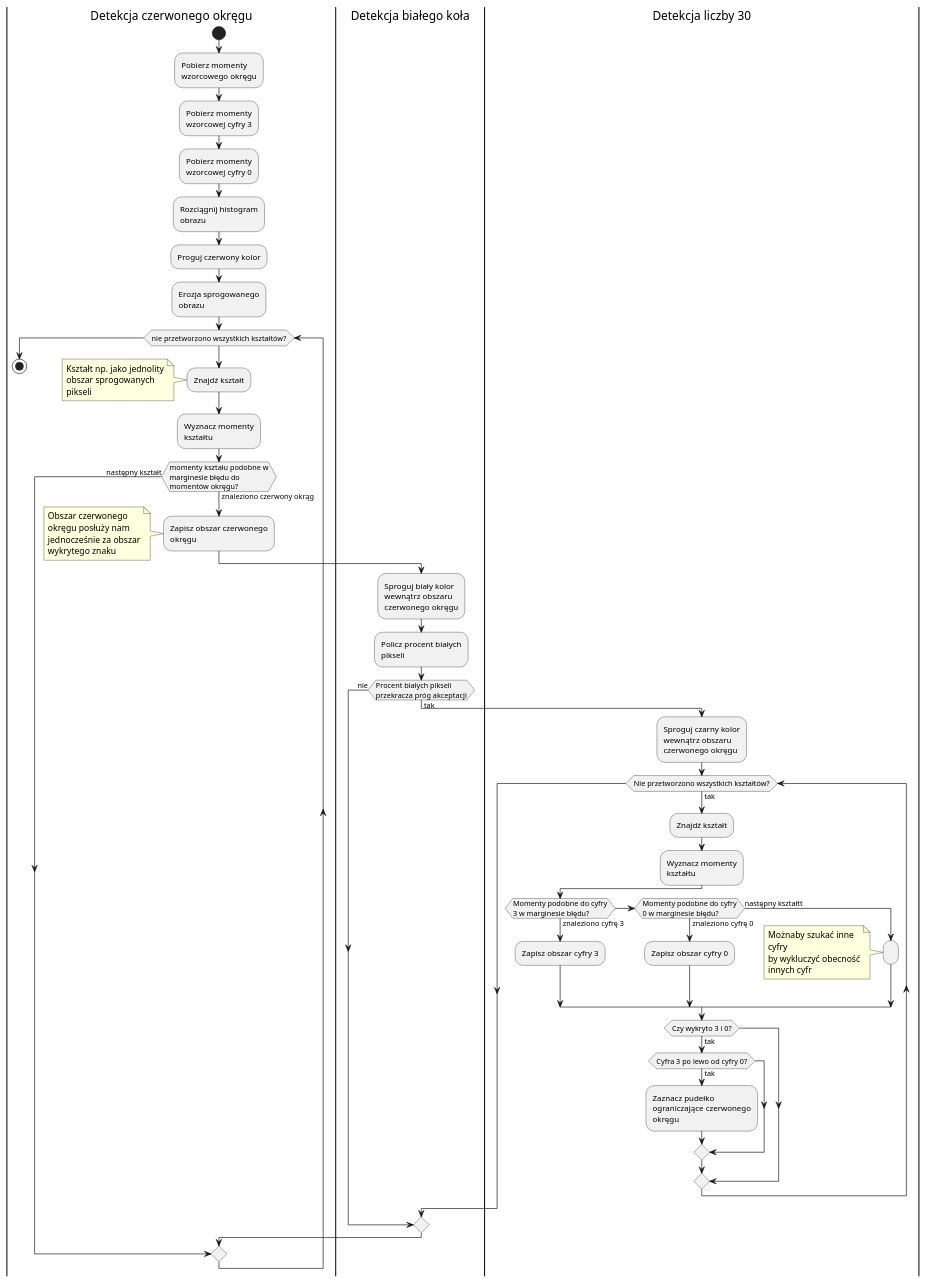
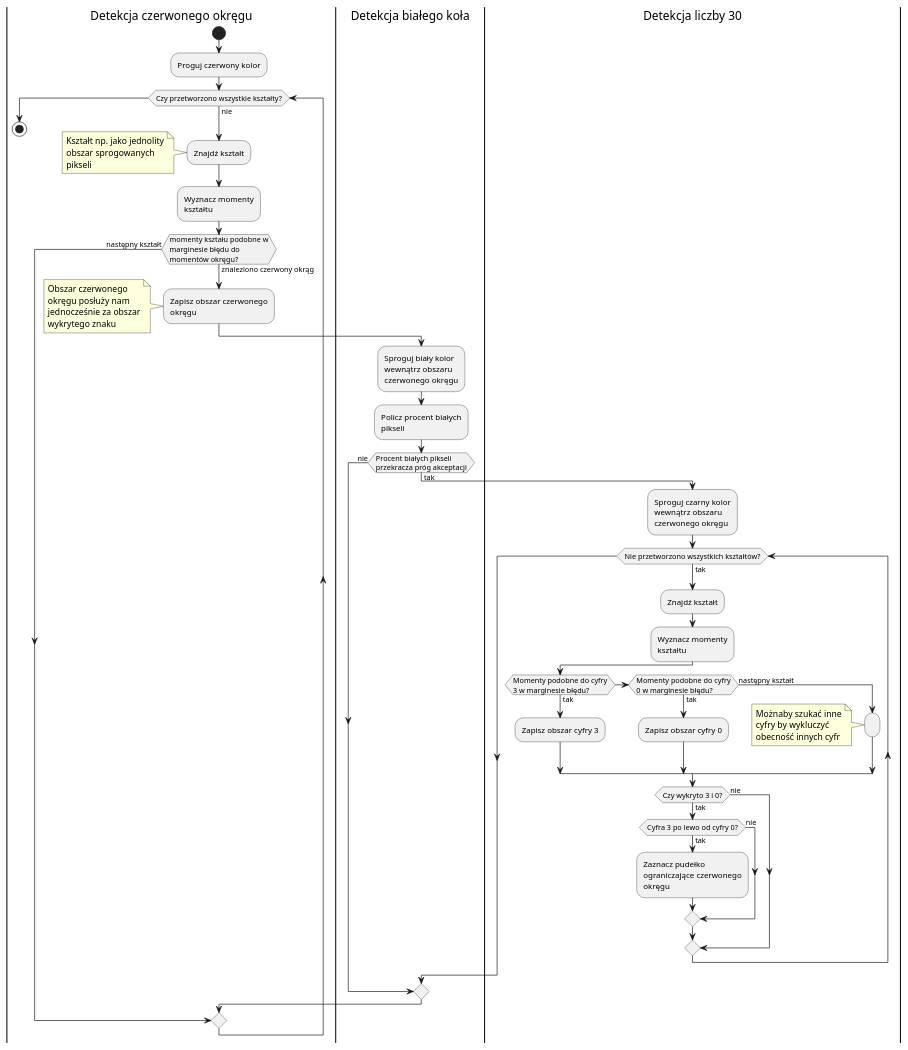
Before and after one commit to AleksanderKruk/antlr-xquery: the diagram in t.puml, drawn with PlantUML. The commit also changed 11 other files, not shown here.

```diff
--- a/t.puml
+++ b/t.puml
@@ -1,69 +1,65 @@
 @startuml Pobr proces przetwarzania
 skinparam wrapWidth 150
 
 |Detekcja czerwonego okręgu|
 start
 
-:Pobierz momenty wzorcowego okręgu;
-:Pobierz momenty wzorcowej cyfry 3;
-:Pobierz momenty wzorcowej cyfry 0;
-
-:Rozciągnij histogram obrazu;
+' :Rozciągnij histogram obrazu;
 :Proguj czerwony kolor;
-:Erozja sprogowanego obrazu;
-while (nie przetworzono wszystkich kształtów?)
+while (Czy przetworzono wszystkie kształty?) is (nie)
 :Znajdź kształt;
 note
 Kształt np. jako jednolity obszar sprogowanych pikseli
 end note
 :Wyznacz momenty kształtu;
 if (momenty kształu podobne w marginesie błędu do momentów okręgu?) then (znaleziono czerwony okrąg)
 :Zapisz obszar czerwonego okręgu;
 note
     Obszar czerwonego okręgu posłuży nam jednocześnie za obszar wykrytego znaku
 end note
 
     |Detekcja białego koła|
 
     :Sproguj biały kolor wewnątrz obszaru czerwonego okręgu;
     :Policz procent białych pikseli;
 
     if (Procent białych pikseli przekracza próg akceptacji) then (tak)
         |Detekcja liczby 30|
         :Sproguj czarny kolor wewnątrz obszaru czerwonego okręgu;
         while (Nie przetworzono wszystkich kształtów?) is (tak)
             :Znajdź kształt;
             :Wyznacz momenty kształtu;
-            if (Momenty podobne do cyfry 3 w marginesie błędu?) then (znaleziono cyfrę 3)
+            if (Momenty podobne do cyfry 3 w marginesie błędu?) then (tak)
                 :Zapisz obszar cyfry 3;
-            elseif (Momenty podobne do cyfry 0 w marginesie błędu?) then (znaleziono cyfrę 0)
+            elseif (Momenty podobne do cyfry 0 w marginesie błędu?) then (tak)
                 :Zapisz obszar cyfry 0;
-            else (następny kształtt)
+            else (następny kształt)
             :;
             note
-                Możnaby szukać inne cyfry
-                by wykluczyć obecność innych cyfr
+                Możnaby szukać inne cyfry by wykluczyć obecność innych cyfr
             end note
             endif
             if (Czy wykryto 3 i 0?) then (tak)
                 if (Cyfra 3 po lewo od cyfry 0?) then (tak)
                 :Zaznacz pudełko ograniczające czerwonego okręgu;
+                else (nie)
                 endif
-        endif
+                else (nie)
+            endif
         endwhile
 
     else (nie)
 
     endif
 
 
 
 else (następny kształt)
 
 endif
 
 endwhile
 |Detekcja czerwonego okręgu|
 stop
 
 @enduml
```
